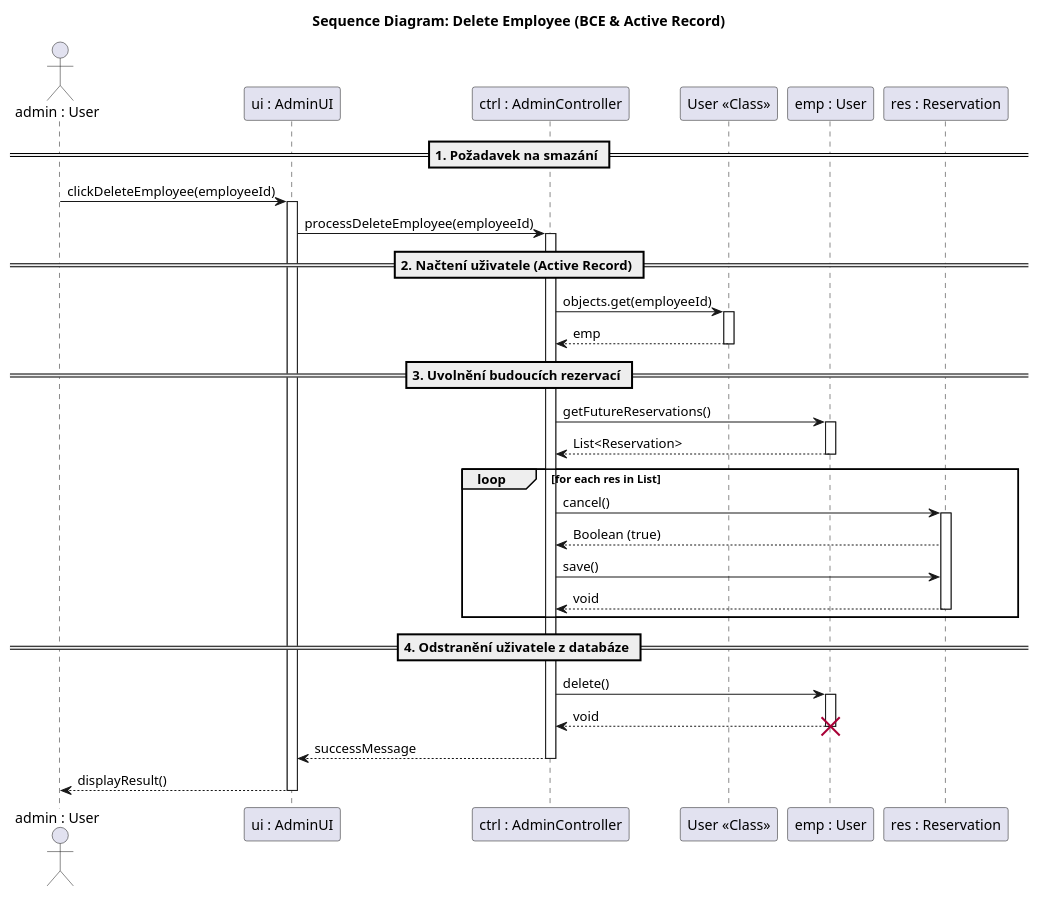
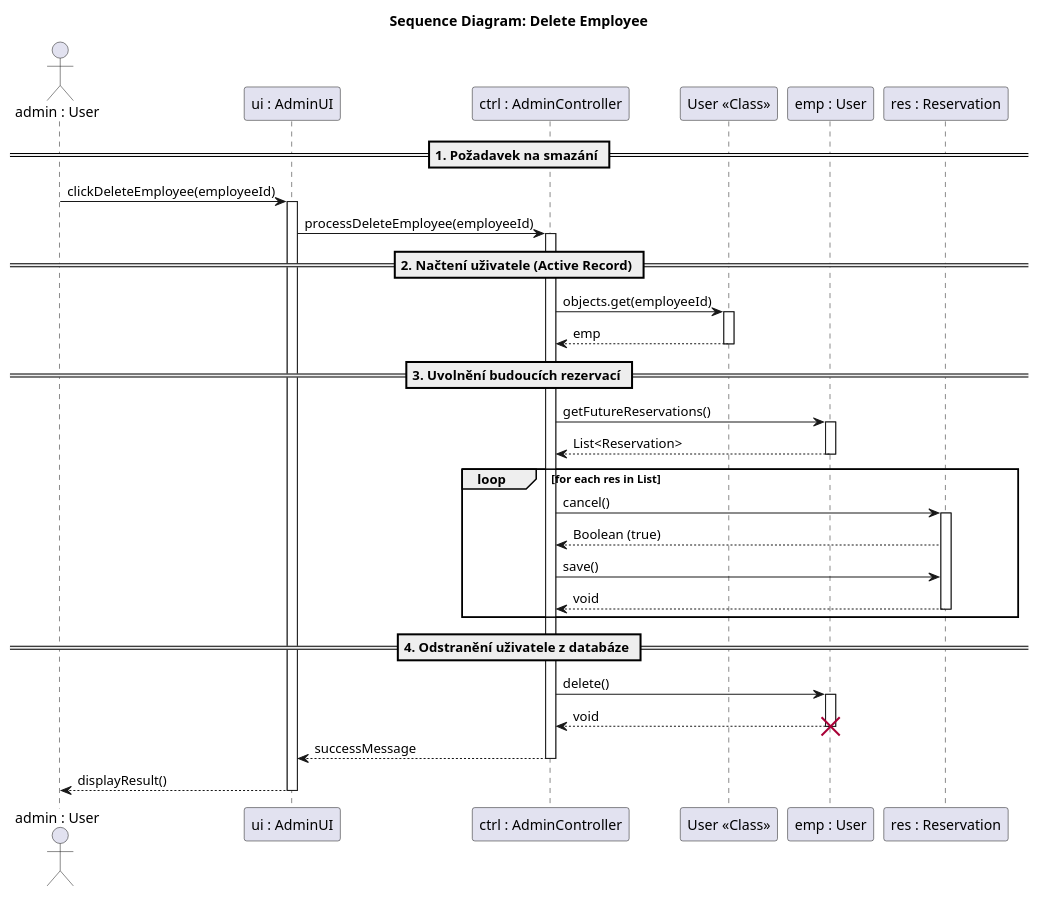
One commit to AidenCze/SWI-Project changed the diagram in docs/diagramy/sequence-remove-user.puml. Above: the diagram before and after it, drawn with PlantUML. The commit also changed 2 other files, not shown here.

Commit message:
Refactor sequence diagram titles for clarity and consistency

```diff
--- a/docs/diagramy/sequence-remove-user.puml
+++ b/docs/diagramy/sequence-remove-user.puml
@@ -1,60 +1,60 @@
 @startuml
-title Sequence Diagram: Delete Employee (BCE & Active Record)
+title Sequence Diagram: Delete Employee
 
 actor "admin : User" as admin
 participant "ui : AdminUI" as ui
 participant "ctrl : AdminController" as ctrl
 participant "User <<Class>>" as userClass
 participant "emp : User" as emp
 participant "res : Reservation" as res
 
 
 == 1. Požadavek na smazání ==
 admin -> ui : clickDeleteEmployee(employeeId)
 activate ui
 
 ui -> ctrl : processDeleteEmployee(employeeId)
 activate ctrl
 
 == 2. Načtení uživatele (Active Record) ==
 ctrl -> userClass : objects.get(employeeId)
 activate userClass
 userClass --> ctrl : emp
 deactivate userClass
 
 == 3. Uvolnění budoucích rezervací ==
 ctrl -> emp : getFutureReservations()
 activate emp
 emp --> ctrl : List<Reservation>
 deactivate emp
 
 loop for each res in List
     ctrl -> res : cancel()
     activate res
     
 
 
 
 
     
     res --> ctrl : Boolean (true)
     
     ' Zapsání zrušeného stavu do DB (uvolnění místa)
     ctrl -> res : save()
     res --> ctrl : void
     deactivate res
 end
 
 == 4. Odstranění uživatele z databáze ==
 ctrl -> emp : delete()
 activate emp
 
 emp --> ctrl : void
 destroy emp
 
 ctrl --> ui : successMessage
 deactivate ctrl
 
 ui --> admin : displayResult()
 deactivate ui
 @enduml
```
